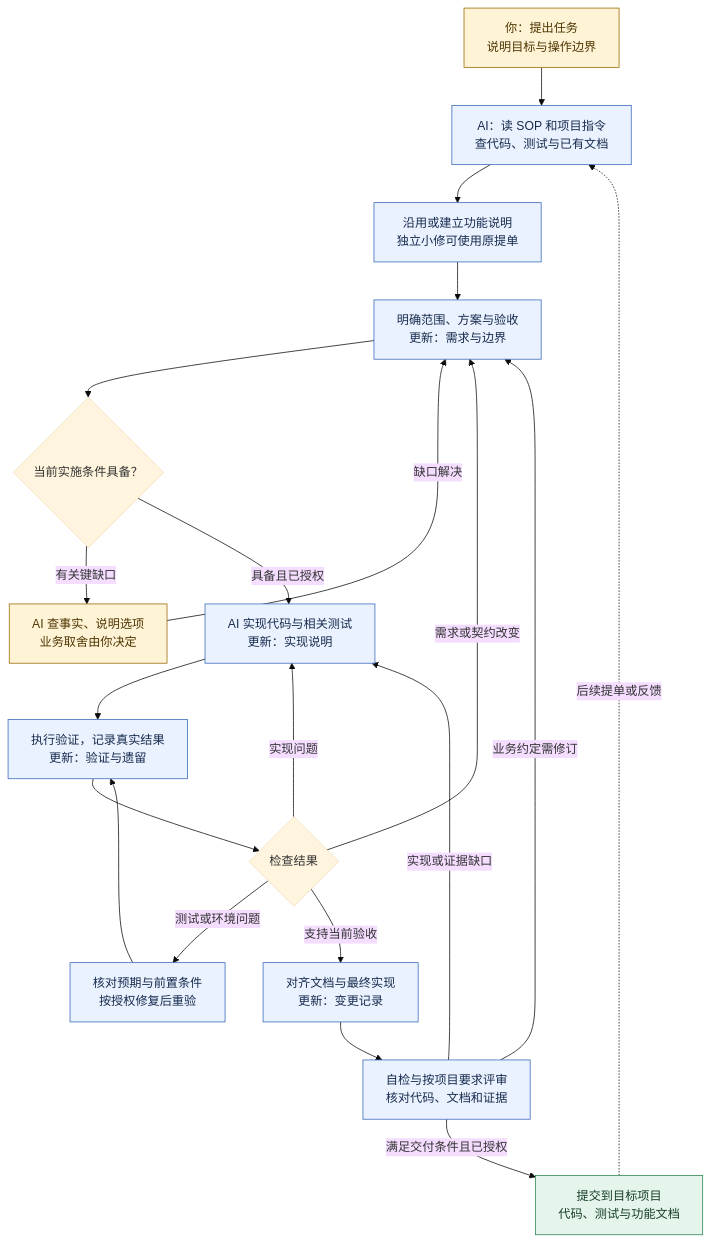
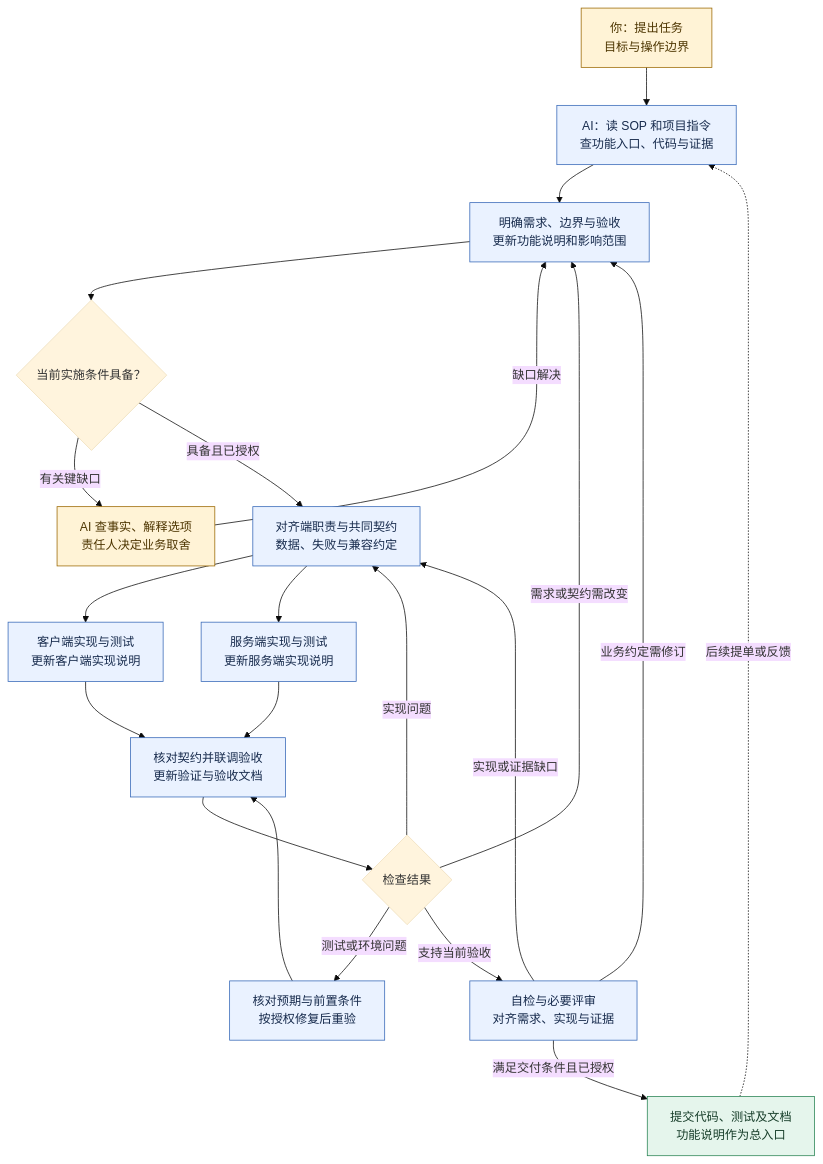
One commit to YIMO691/Workflow-SOP changed the diagram in README.md. Above: the diagram before and after it, drawn with Mermaid (base theme). The commit also changed other lines of this file and 20 other files, not shown here.

````diff
--- a/README.md
+++ b/README.md
@@ -9,28 +46,29 @@
 ```mermaid
 flowchart TB
-    A["你：提出任务<br/>说明目标与操作边界"] --> B["AI：读 SOP 和项目指令<br/>查代码、测试与已有文档"]
-    B --> C["沿用或建立功能说明<br/>独立小修可使用原提单"]
-    C --> D["明确范围、方案与验收<br/>更新：需求与边界"]
-    D --> Q{"当前实施条件具备？"}
-    Q -->|有关键缺口| H["AI 查事实、说明选项<br/>业务取舍由你决定"]
-    H -->|缺口解决| D
-    Q -->|具备且已授权| I["AI 实现代码与相关测试<br/>更新：实现说明"]
-    I --> V["执行验证，记录真实结果<br/>更新：验证与遗留"]
+    A["你：提出任务<br/>目标与操作边界"] --> B["AI：读 SOP 和项目指令<br/>查功能入口、代码与证据"]
+    B --> C["明确需求、边界与验收<br/>更新功能说明和影响范围"]
+    C --> Q{"当前实施条件具备？"}
+    Q -->|有关键缺口| H["AI 查事实、解释选项<br/>责任人决定业务取舍"]
+    H -->|缺口解决| C
+    Q -->|具备且已授权| D["对齐端职责与共同契约<br/>数据、失败与兼容约定"]
+    D --> CL["客户端实现与测试<br/>更新客户端实现说明"]
+    D --> SV["服务端实现与测试<br/>更新服务端实现说明"]
+    CL --> V["核对契约并联调验收<br/>更新验证与验收文档"]
+    SV --> V
     V --> K{"检查结果"}
-    K -->|实现问题| I
+    K -->|实现问题| D
+    K -->|需求或契约需改变| C
     K -->|测试或环境问题| F["核对预期与前置条件<br/>按授权修复后重验"]
     F --> V
-    K -->|需求或契约改变| D
-    K -->|支持当前验收| U["对齐文档与最终实现<br/>更新：变更记录"]
-    U --> R["自检与按项目要求评审<br/>核对代码、文档和证据"]
-    R -->|实现或证据缺口| I
-    R -->|业务约定需修订| D
-    R -->|满足交付条件且已授权| Z["提交到目标项目<br/>代码、测试与功能文档"]
+    K -->|支持当前验收| R["自检与必要评审<br/>对齐需求、实现与证据"]
+    R -->|实现或证据缺口| D
+    R -->|业务约定需修订| C
+    R -->|满足交付条件且已授权| Z["提交代码、测试及文档<br/>功能说明作为总入口"]
     Z -.->|后续提单或反馈| B
     classDef human fill:#FFF3D6,stroke:#9A6700,color:#4D3500
     classDef work fill:#EAF2FF,stroke:#3567B7,color:#172B4D
     classDef result fill:#E5F5EC,stroke:#288353,color:#163D29
     class A,H human
-    class B,C,D,I,V,F,U,R work
+    class B,C,D,CL,SV,V,F,R work
     class Z result
 ```
````
